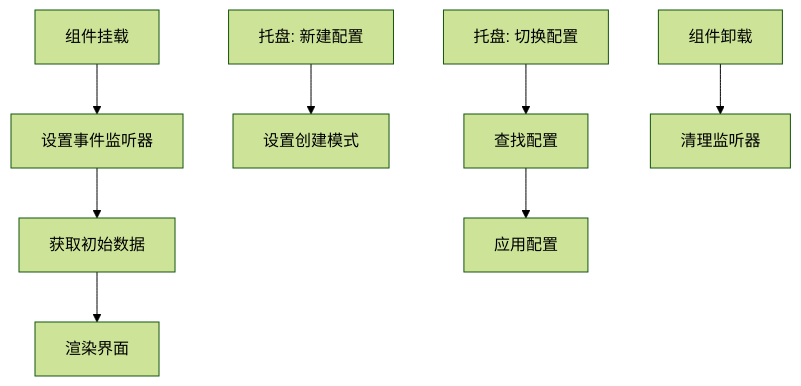
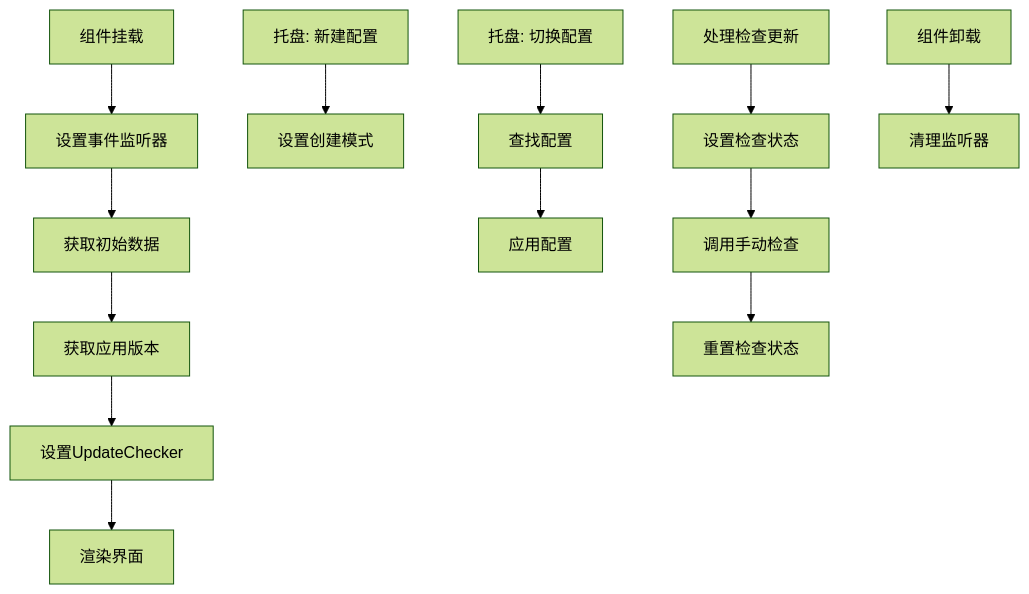
The sixth of 19 diagrams in .qoder/repowiki/zh/content/前端开发指南/React组件架构.md (xdongliang/IPSwitcher), drawn with Mermaid (forest theme) before and after one commit. The commit also changed other lines of this file and 7 other files, not shown here.

````diff
--- a/.qoder/repowiki/zh/content/前端开发指南/React组件架构.md
+++ b/.qoder/repowiki/zh/content/前端开发指南/React组件架构.md
@@ -309,10 +384,15 @@
 ```mermaid
 flowchart TD
 Mount[组件挂载] --> SetupListeners[设置事件监听器]
 SetupListeners --> FetchData[获取初始数据]
-FetchData --> Render[渲染界面]
+FetchData --> GetVersion[获取应用版本]
+GetVersion --> SetupUpdateChecker[设置UpdateChecker]
+SetupUpdateChecker --> Render[渲染界面]
 TrayNew[托盘: 新建配置] --> SetCreating[设置创建模式]
 TraySwitch[托盘: 切换配置] --> FindProfile[查找配置]
 FindProfile --> ApplyProfile[应用配置]
+HandleCheckUpdate[处理检查更新] --> SetChecking[设置检查状态]
+SetChecking --> CallManualCheck[调用手动检查]
+CallManualCheck --> ResetChecking[重置检查状态]
 Unmount[组件卸载] --> Cleanup[清理监听器]
 ```
````
